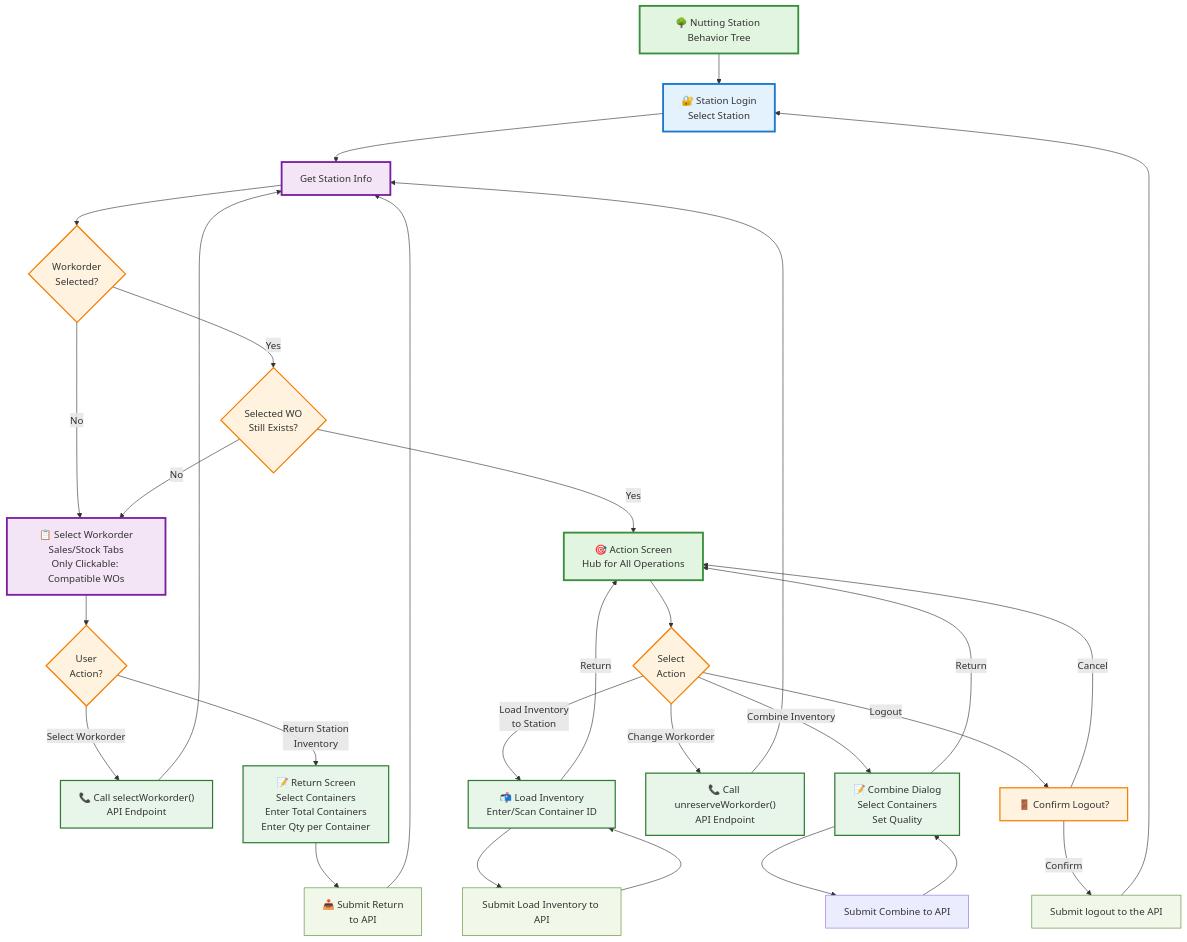
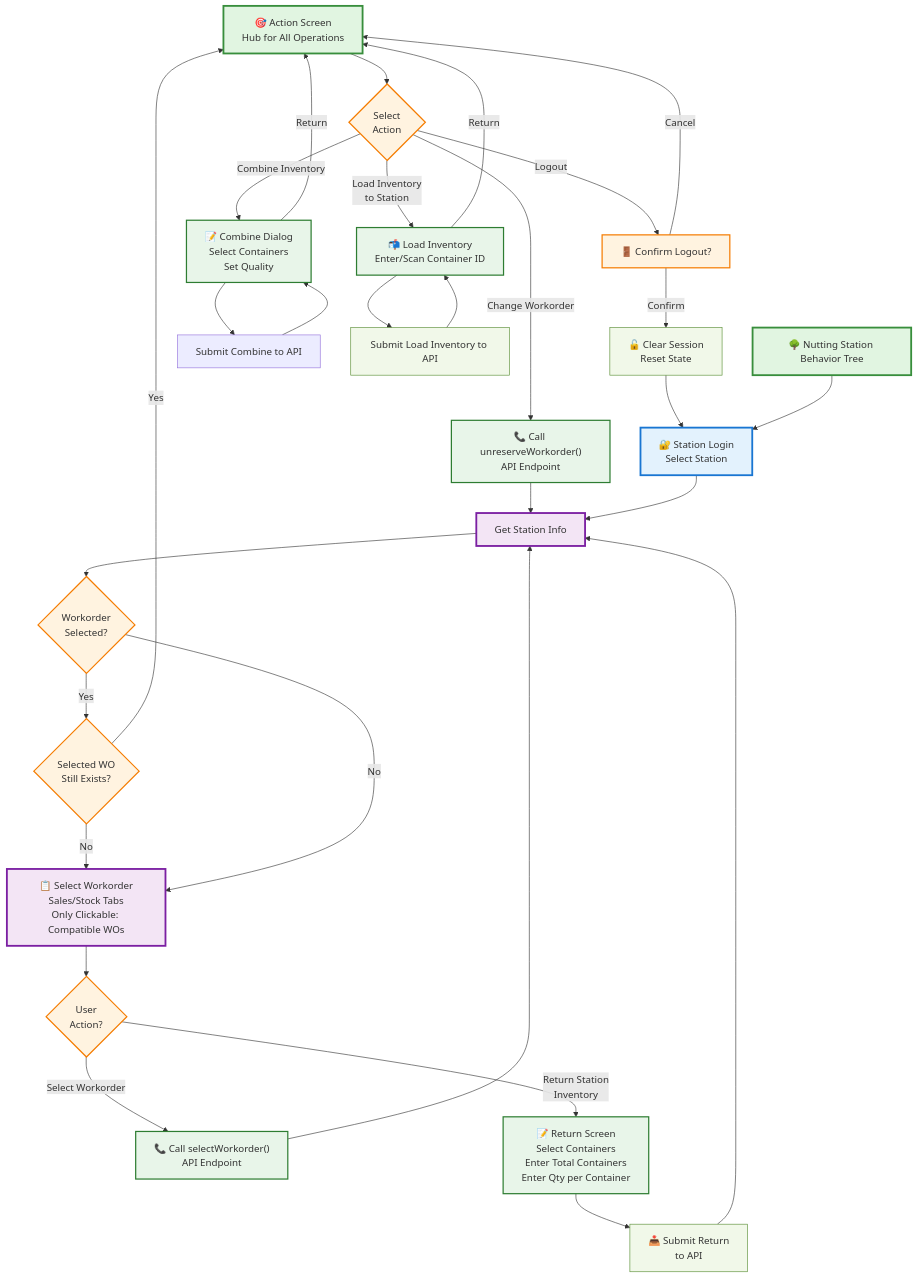
The diagram in diagrams/nutting-station-behavior-tree.mmd (ben-mad-jlp/claude-mermaid-collab), drawn with Mermaid before and after one commit. The commit also changed 2 other files, not shown here.

Commit message:
feat: formatter detects root node and puts it first
- Root node = has outgoing edges but no incoming edges
- Root node definitions appear first
- Root-sourced connections appear first
- Removed icon from Format button
- Changed Copy button to use simple icon

```diff
--- a/diagrams/nutting-station-behavior-tree.mmd
+++ b/diagrams/nutting-station-behavior-tree.mmd
@@ -1,82 +1,69 @@
 graph TD
-    Root["🌳 Nutting Station Behavior Tree"]
 
     %% Station Login Phase
-    Root --> StationLogin["🔐 Station Login<br/>Select Station"]
+    %% Workorder Selection Phase
+    %% Main Action Screen with Operation Branches
+    %% Load Inventory to Station Action
+    %% Combine Inventory Action
+    %% Return Inventory Action (from Action Screen)
+    %% Change Workorder Action
+    %% Logout Action
+    %% Styling
 
+    %% Node Definitions
 
-    Refresh --> CheckWOSelected{Workorder<br/>Selected?}
+    ActionScreen["🎯 Action Screen<br/>Hub for All Operations"]
+    Root["🌳 Nutting Station Behavior Tree"]
+    SubmitCombine["Submit Combine to API"]
 
-    %% Workorder Selection Phase
+    %% Connections
+
+    Action -->|Load Inventory<br/>to Station| LoadInventory["📬 Load Inventory<br/>Enter/Scan Container ID"]
+    Action -->|Combine Inventory| CombineDialog["📝 Combine Dialog<br/>Select Containers<br/>Set Quality"]
+    Action -->|Change Workorder| CallUnreserve["📞 Call unreserveWorkorder()<br/>API Endpoint"]
+    Action -->|Logout| LogoutConfirm["🚪 Confirm Logout?"]
+    ActionScreen --> Action{Select<br/>Action}
+    AddToInventory[Submit Load Inventory to API] --> LoadInventory
+    CallSelectWO --> Refresh
+    CallUnreserve --> Refresh
+    CheckWOExists -->|No| SelectWO
+    CheckWOExists -->|Yes| ActionScreen
     CheckWOSelected -->|No| SelectWO["📋 Select Workorder<br/>Sales/Stock Tabs<br/>Only Clickable: Compatible WOs"]
     CheckWOSelected -->|Yes| CheckWOExists{Selected WO<br/>Still Exists?}
-
-    CheckWOExists -->|No| SelectWO
-
-    SelectWO --> WOAction{User<br/>Action?}
-
-    WOAction -->|Select Workorder| CallSelectWO["📞 Call selectWorkorder()<br/>API Endpoint"]
-
-
-    WOAction -->|Return Station<br/>Inventory| ReturnFromWOList["📝 Return Screen<br/>Select Containers<br/>Enter Total Containers<br/>Enter Qty per Container"]
-    ReturnFromWOList --> ReturnSubmit["📥 Submit Return<br/>to API"]
-
-    ActionScreen["🎯 Action Screen<br/>Hub for All Operations"]
-    CheckWOExists -->|Yes| ActionScreen
-
-    %% Main Action Screen with Operation Branches
-    ActionScreen --> Action{Select<br/>Action}
-
-    %% Load Inventory to Station Action
-    Action -->|Load Inventory<br/>to Station| LoadInventory["📬 Load Inventory<br/>Enter/Scan Container ID"]
-    AddToInventory[Submit Load Inventory to API] --> LoadInventory
-
-    %% Combine Inventory Action
-    Action -->|Combine Inventory| CombineDialog["📝 Combine Dialog<br/>Select Containers<br/>Set Quality"]
-
-    %% Return Inventory Action (from Action Screen)
-
-    %% Change Workorder Action
-    Action -->|Change Workorder| CallUnreserve["📞 Call unreserveWorkorder()<br/>API Endpoint"]
-
-    %% Logout Action
-    Action -->|Logout| LogoutConfirm["🚪 Confirm Logout?"]
+    CombineDialog --> SubmitCombine
+    CombineDialog -->|Return| ActionScreen
+    ExecuteLogout[Submit logout to the API] --> StationLogin
+    LoadInventory --> AddToInventory
+    LoadInventory -->|Return| ActionScreen
     LogoutConfirm -->|Cancel| ActionScreen
     LogoutConfirm -->|Confirm| ExecuteLogout["🔓 Clear Session<br/>Reset State"]
-    ExecuteLogout[Submit logout to the API] --> StationLogin
+    Refresh --> CheckWOSelected{Workorder<br/>Selected?}
+    ReturnFromWOList --> ReturnSubmit["📥 Submit Return<br/>to API"]
+    ReturnSubmit --> Refresh
+    Root --> StationLogin["🔐 Station Login<br/>Select Station"]
+    SelectWO --> WOAction{User<br/>Action?}
+    StationLogin --> Refresh["Get Station Info"]
+    SubmitCombine --> CombineDialog
+    WOAction -->|Select Workorder| CallSelectWO["📞 Call selectWorkorder()<br/>API Endpoint"]
+    WOAction -->|Return Station<br/>Inventory| ReturnFromWOList["📝 Return Screen<br/>Select Containers<br/>Enter Total Containers<br/>Enter Qty per Container"]
 
-    %% Styling
-    style Root fill:#e1f5e1,stroke:#388e3c,stroke-width:3px
-    style StationLogin fill:#e3f2fd,stroke:#1976d2,stroke-width:3px
+    %% Styles
+
+    style Action fill:#fff3e0,stroke:#f57c00,stroke-width:2px
+    style ActionScreen fill:#e1f5e1,stroke:#388e3c,stroke-width:3px
+    style AddToInventory fill:#f1f8e9,stroke:#558b2f
+    style CallSelectWO fill:#e8f5e9,stroke:#2e7d32,stroke-width:2px
+    style CallUnreserve fill:#e8f5e9,stroke:#2e7d32,stroke-width:2px
+    style CheckWOExists fill:#fff3e0,stroke:#f57c00,stroke-width:2px
+    style CheckWOSelected fill:#fff3e0,stroke:#f57c00,stroke-width:2px
+    style CombineDialog fill:#e8f5e9,stroke:#2e7d32,stroke-width:2px
+    style ExecuteLogout fill:#f1f8e9,stroke:#558b2f
+    style LoadInventory fill:#e8f5e9,stroke:#2e7d32,stroke-width:2px
+    style LogoutConfirm fill:#fff3e0,stroke:#f57c00,stroke-width:2px
     style Refresh fill:#f3e5f5,stroke:#7b1fa2,stroke-width:3px
-    style CheckWOSelected fill:#fff3e0,stroke:#f57c00,stroke-width:2px
-    style CheckWOExists fill:#fff3e0,stroke:#f57c00,stroke-width:2px
-    style SelectWO fill:#f3e5f5,stroke:#7b1fa2,stroke-width:3px
-    style WOAction fill:#fff3e0,stroke:#f57c00,stroke-width:2px
-    style CallSelectWO fill:#e8f5e9,stroke:#2e7d32,stroke-width:2px
-    style ActionScreen fill:#e1f5e1,stroke:#388e3c,stroke-width:3px
-    style Action fill:#fff3e0,stroke:#f57c00,stroke-width:2px
-
-    style LoadInventory fill:#e8f5e9,stroke:#2e7d32,stroke-width:2px
-    style AddToInventory fill:#f1f8e9,stroke:#558b2f
-
-    style CombineDialog fill:#e8f5e9,stroke:#2e7d32,stroke-width:2px
-
     style ReturnFromWOList fill:#e8f5e9,stroke:#2e7d32,stroke-width:2px
     style ReturnSubmit fill:#f1f8e9,stroke:#558b2f
-
-
-    style CallUnreserve fill:#e8f5e9,stroke:#2e7d32,stroke-width:2px
-
-    style LogoutConfirm fill:#fff3e0,stroke:#f57c00,stroke-width:2px
-    style ExecuteLogout fill:#f1f8e9,stroke:#558b2f
-    LoadInventory --> AddToInventory
-    LoadInventory -->|Return| ActionScreen
-    CombineDialog --> SubmitCombine
-    CombineDialog -->|Return| ActionScreen
-    SubmitCombine["Submit Combine to API"]
-    SubmitCombine --> CombineDialog
-    ReturnSubmit --> Refresh
-    CallSelectWO --> Refresh
-    StationLogin --> Refresh["Get Station Info"]
-    CallUnreserve --> Refresh
+    style Root fill:#e1f5e1,stroke:#388e3c,stroke-width:3px
+    style SelectWO fill:#f3e5f5,stroke:#7b1fa2,stroke-width:3px
+    style StationLogin fill:#e3f2fd,stroke:#1976d2,stroke-width:3px
+    style WOAction fill:#fff3e0,stroke:#f57c00,stroke-width:2px
```
